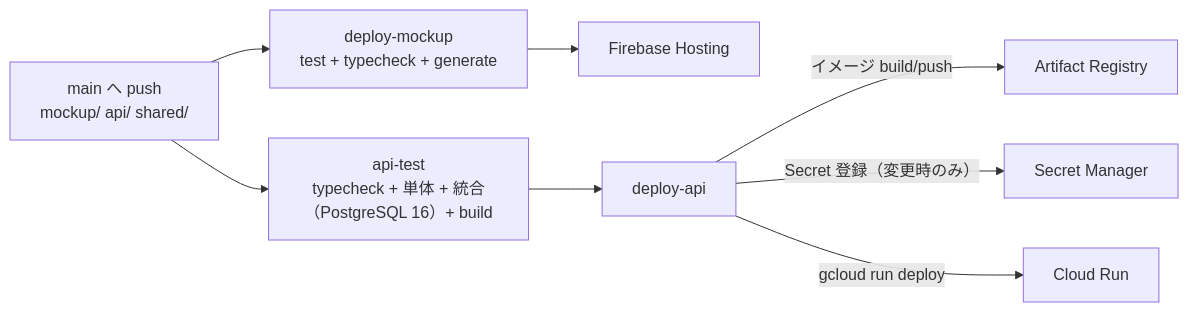
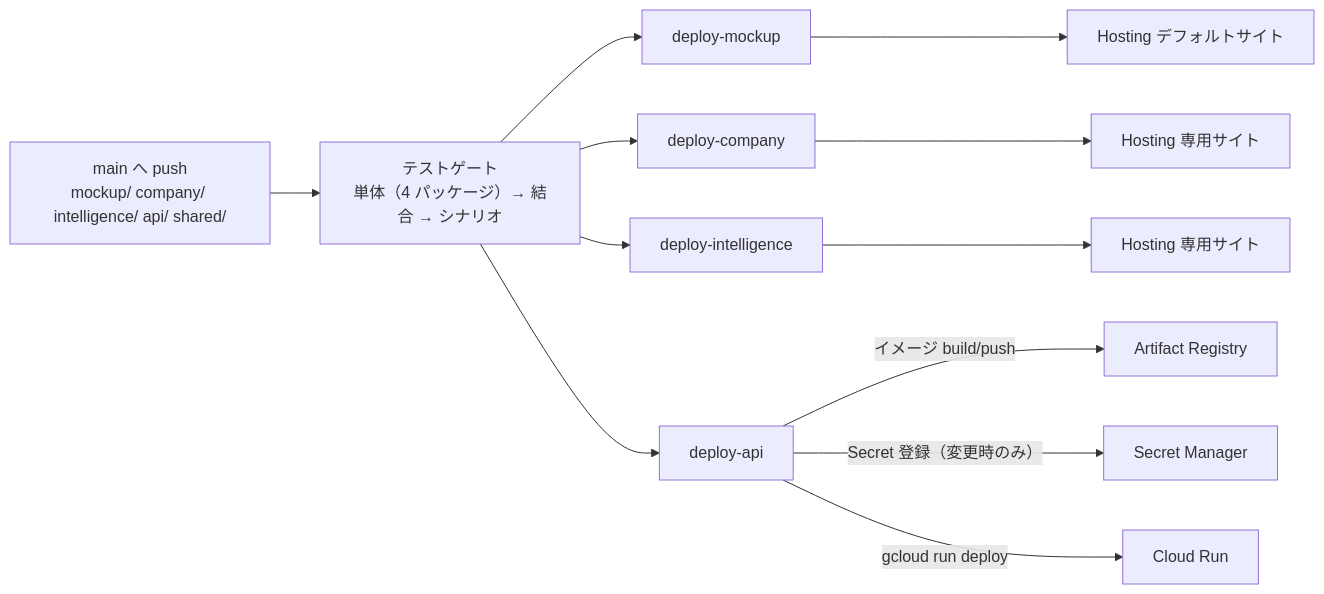
Before and after one commit to TSUNAGUBA/akebono-office: the second of 2 diagrams in .ai-native/outputs/phase7/production-architecture.md, drawn with Mermaid. The commit also changed other lines of this file and 176 other files, not shown here.

First line of the commit message:
新アプリ切り出し: AKEBONO Company / AKEBONO Intelligence を Hosting マルチサイトで新設

````diff
--- a/.ai-native/outputs/phase7/production-architecture.md
+++ b/.ai-native/outputs/phase7/production-architecture.md
@@ -128,10 +136,11 @@
 ```mermaid
 flowchart LR
-    P[main へ push<br/>mockup/ api/ shared/] --> T1[deploy-mockup<br/>test + typecheck + generate]
-    P --> T2[api-test<br/>typecheck + 単体 + 統合（PostgreSQL 16）+ build]
-    T1 --> H[Firebase Hosting]
-    T2 --> D[deploy-api]
+    P[main へ push<br/>mockup/ company/ intelligence/ api/ shared/] --> T[テストゲート<br/>単体（4 パッケージ）→ 結合 → シナリオ]
+    T --> M[deploy-mockup] --> H[Hosting デフォルトサイト]
+    T --> C[deploy-company] --> HC[Hosting 専用サイト]
+    T --> I[deploy-intelligence] --> HI[Hosting 専用サイト]
+    T --> D[deploy-api]
     D -->|イメージ build/push| AR[Artifact Registry]
     D -->|Secret 登録（変更時のみ）| SM[Secret Manager]
     D -->|gcloud run deploy| CR[Cloud Run]
 ```
````
